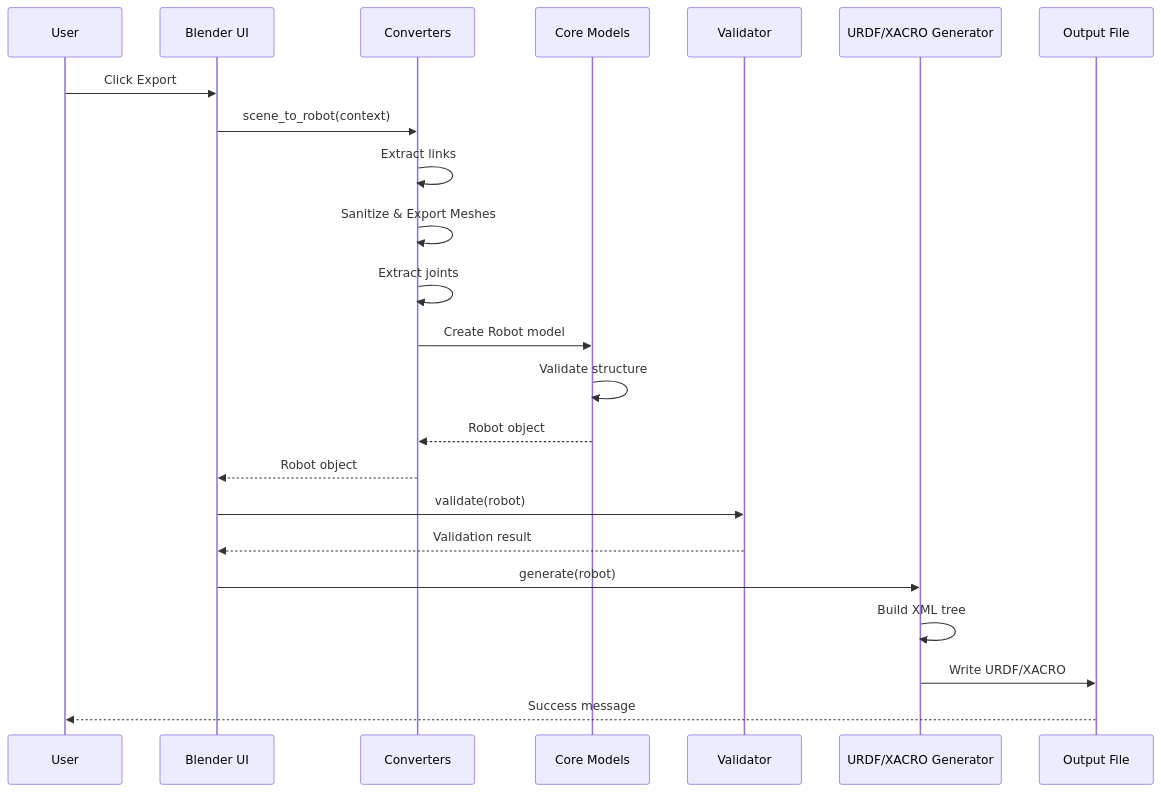
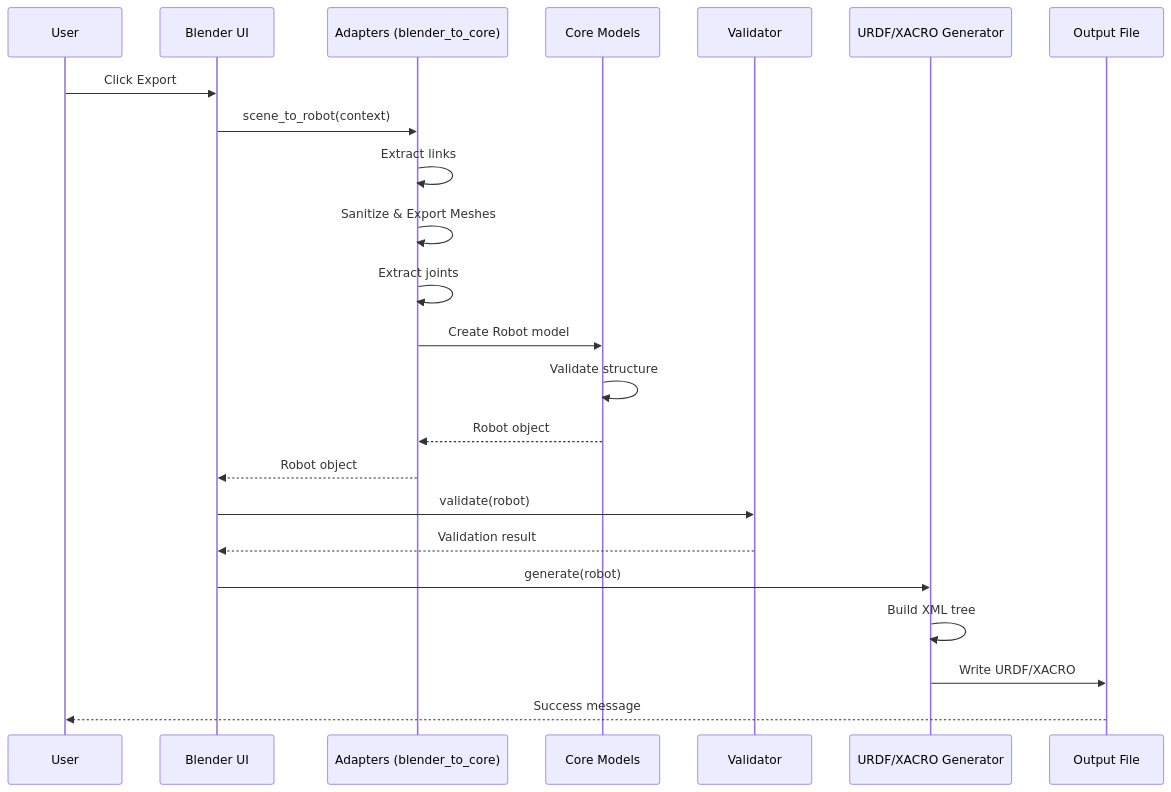
The fifth of 8 diagrams in ARCHITECTURE.md (arounamounchili/linkforge), drawn with Mermaid before and after one commit. The commit also changed other lines of this file and 30 other files, not shown here.

First line of the commit message:
refactor: align Blender integration with hexagonal architecture

````diff
--- a/ARCHITECTURE.md
+++ b/ARCHITECTURE.md
@@ -175,26 +184,26 @@
 ```mermaid
 sequenceDiagram
     participant User
     participant UI as Blender UI
-    participant Converter as Converters
+    participant Adapter as Adapters (blender_to_core)
     participant Models as Core Models
     participant Validator as Validator
     participant Generator as URDF/XACRO Generator
     participant File as Output File
 
     User->>UI: Click Export
-    UI->>Converter: scene_to_robot(context)
-    Converter->>Converter: Extract links
-    Converter->>Converter: Sanitize & Export Meshes
-    Converter->>Converter: Extract joints
-    Converter->>Models: Create Robot model
+    UI->>Adapter: scene_to_robot(context)
+    Adapter->>Adapter: Extract links
+    Adapter->>Adapter: Sanitize & Export Meshes
+    Adapter->>Adapter: Extract joints
+    Adapter->>Models: Create Robot model
     Models->>Models: Validate structure
-    Models-->>Converter: Robot object
-    Converter-->>UI: Robot object
+    Models-->>Adapter: Robot object
+    Adapter-->>UI: Robot object
     UI->>Validator: validate(robot)
     Validator-->>UI: Validation result
     UI->>Generator: generate(robot)
     Generator->>Generator: Build XML tree
     Generator->>File: Write URDF/XACRO
     File-->>User: Success message
 ```
````
